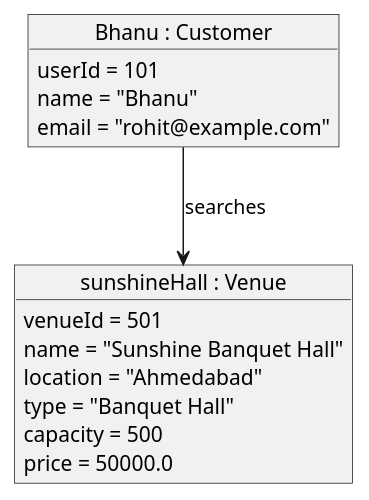
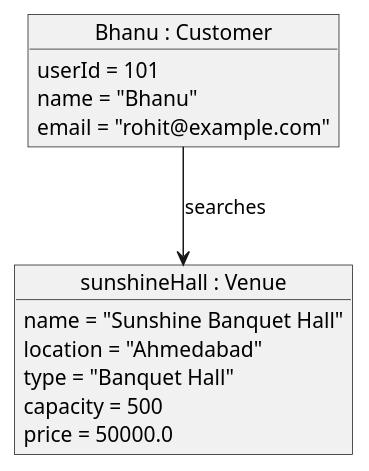
The diagram in docs/docs/object-diagram.puml (Vishnu-vardhan2007/Venue-Booking-System), drawn with PlantUML before and after one commit.

```diff
--- a/docs/docs/object-diagram.puml
+++ b/docs/docs/object-diagram.puml
@@ -1,20 +1,19 @@
 @startuml
 
 object "Bhanu : Customer" as Bhanu {
     userId = 101
     name = "Bhanu"
     email = "rohit@example.com"
 }
 
 object "sunshineHall : Venue" as venue1 {
-    venueId = 501
     name = "Sunshine Banquet Hall"
     location = "Ahmedabad"
     type = "Banquet Hall"
     capacity = 500
     price = 50000.0
 }
 
 Bhanu --> venue1 : searches
 
 @enduml
```
